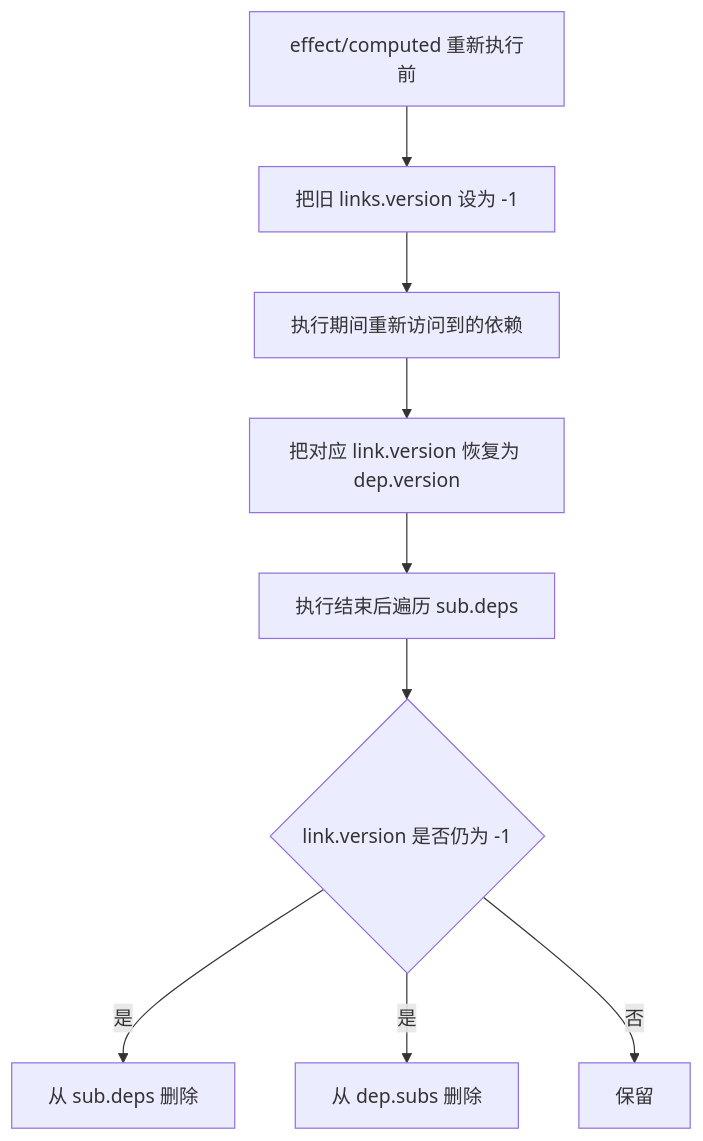
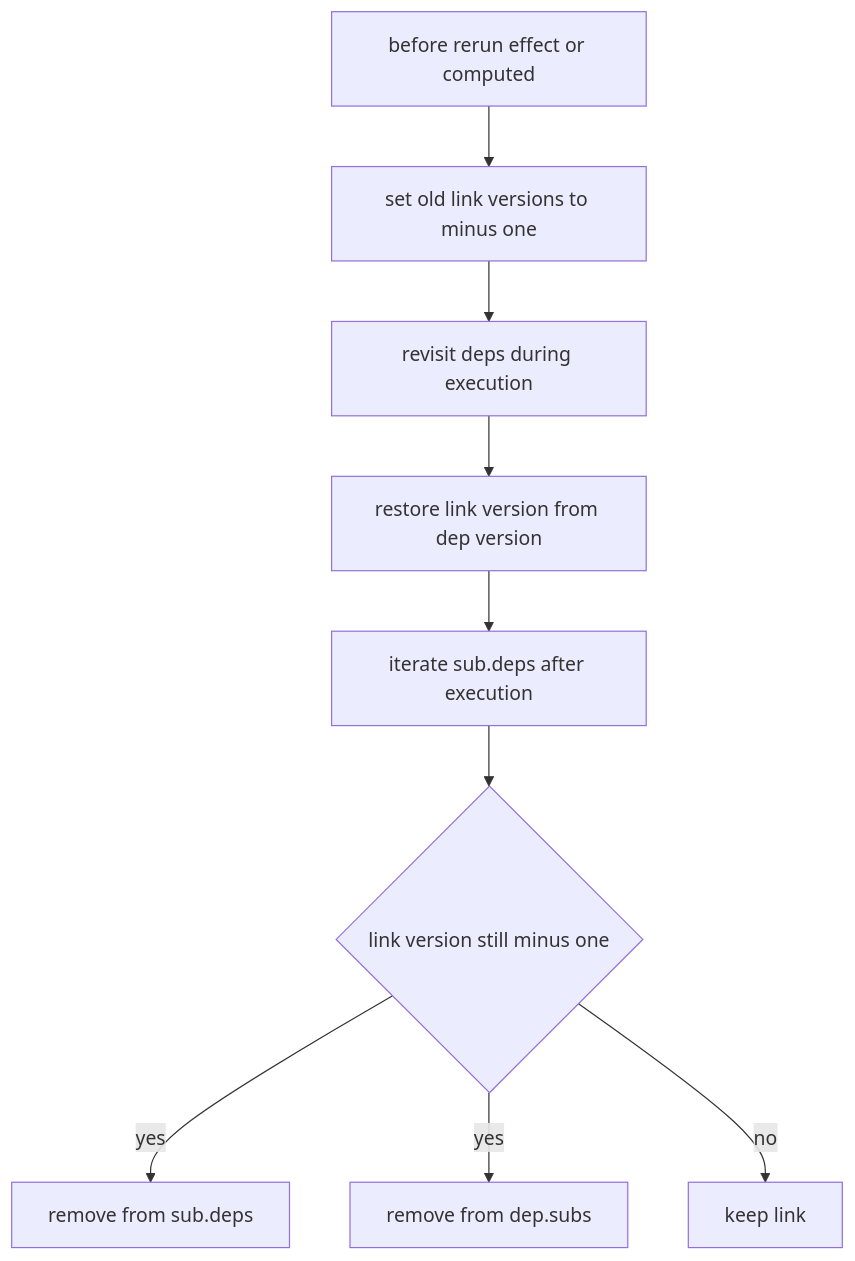
Before and after one commit to Tajigaqzh/front_basic: the ninth of 12 diagrams in docs/vue/source/reactivity/dep-link-explained.md, drawn with Mermaid. The commit also changed other lines of this file and 11 other files, not shown here.

````diff
--- a/docs/vue/source/reactivity/dep-link-explained.md
+++ b/docs/vue/source/reactivity/dep-link-explained.md
@@ -555,11 +555,11 @@
 ```mermaid
 flowchart TD
-    A[effect/computed 重新执行前] --> B[把旧 links.version 设为 -1]
-    B --> C[执行期间重新访问到的依赖]
-    C --> D[把对应 link.version 恢复为 dep.version]
-    D --> E[执行结束后遍历 sub.deps]
-    E --> F{link.version 是否仍为 -1}
-    F -- 是 --> G[从 sub.deps 删除]
-    F -- 是 --> H[从 dep.subs 删除]
-    F -- 否 --> I[保留]
+    A["before rerun effect or computed"] --> B["set old link versions to minus one"]
+    B --> C["revisit deps during execution"]
+    C --> D["restore link version from dep version"]
+    D --> E["iterate sub.deps after execution"]
+    E --> F{"link version still minus one"}
+    F -- yes --> G["remove from sub.deps"]
+    F -- yes --> H["remove from dep.subs"]
+    F -- no --> I["keep link"]
 ```
````
